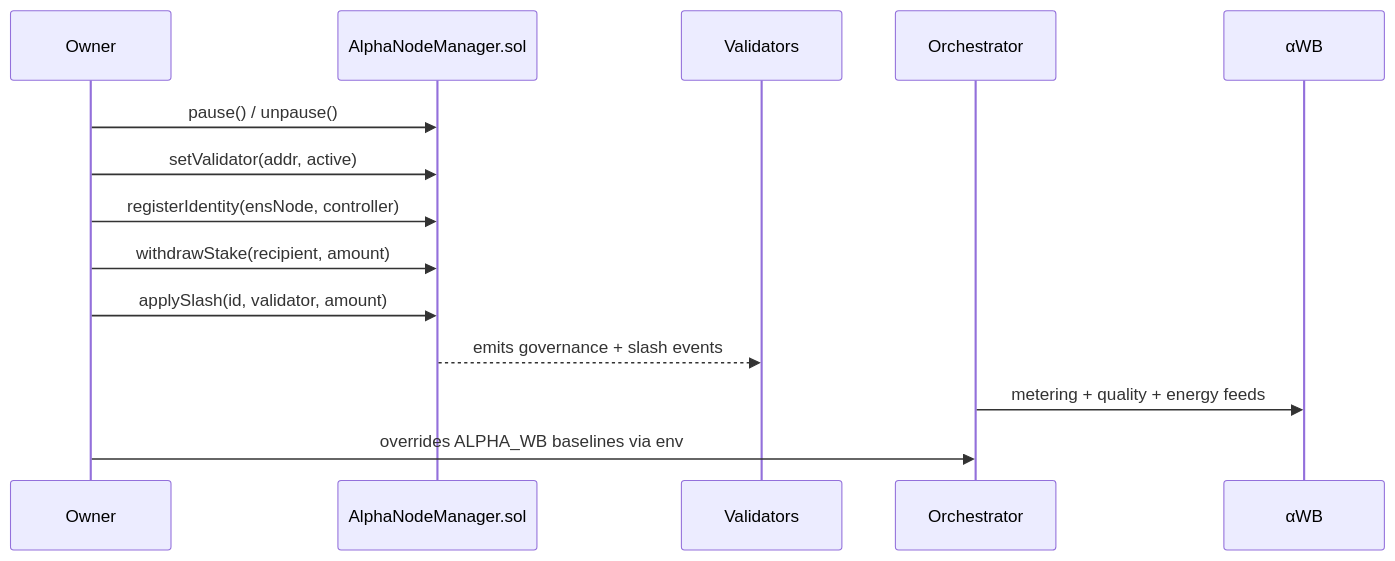
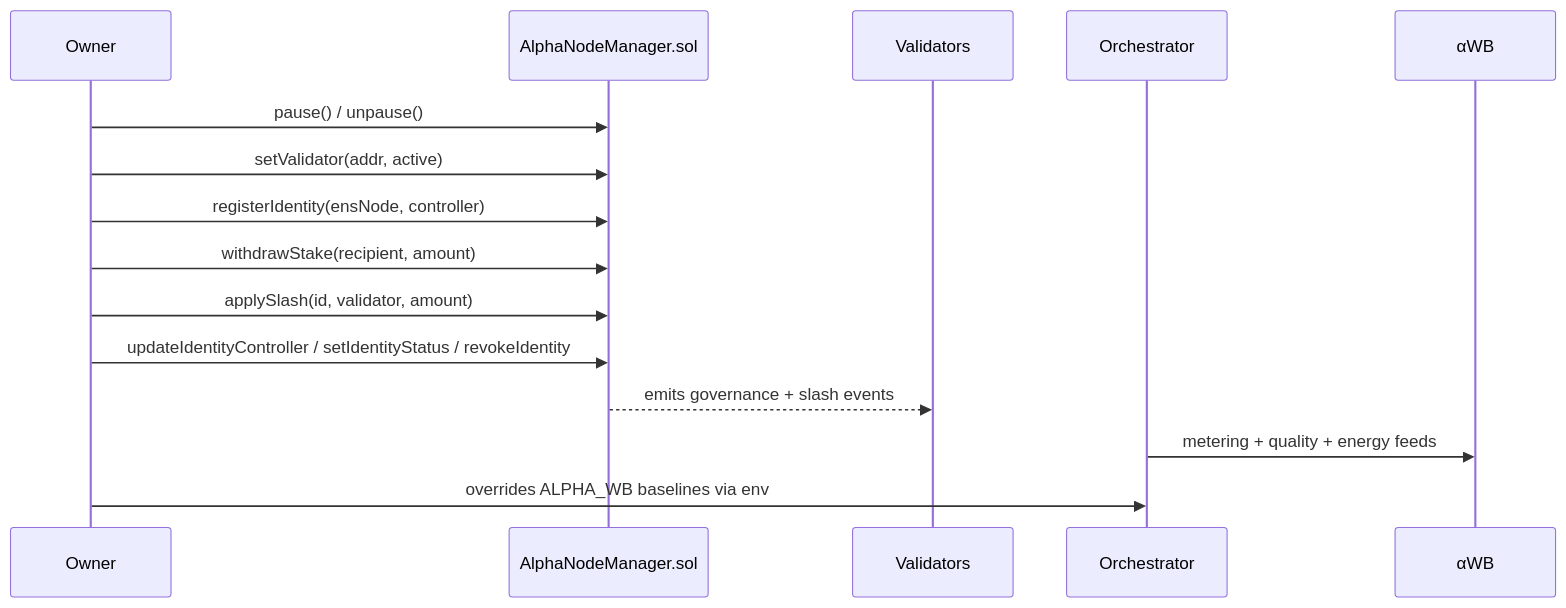
The fourth of 5 diagrams in README.md (MontrealAI/AGI-Alpha-Node-v0), drawn with Mermaid before and after one commit. The commit also changed other lines of this file, not shown here.

Commit message:
Refresh README for alpha benchmark and CI

````diff
--- a/README.md
+++ b/README.md
@@ -146,16 +141,17 @@
 ```mermaid
 sequenceDiagram
   participant Owner
   participant AlphaNodeManager.sol
   participant Validators
   participant Orchestrator
   participant αWB
   Owner->>AlphaNodeManager.sol: pause() / unpause()
   Owner->>AlphaNodeManager.sol: setValidator(addr, active)
   Owner->>AlphaNodeManager.sol: registerIdentity(ensNode, controller)
   Owner->>AlphaNodeManager.sol: withdrawStake(recipient, amount)
   Owner->>AlphaNodeManager.sol: applySlash(id, validator, amount)
+  Owner->>AlphaNodeManager.sol: updateIdentityController / setIdentityStatus / revokeIdentity
   AlphaNodeManager.sol-->>Validators: emits governance + slash events
   Orchestrator->>αWB: metering + quality + energy feeds
   Owner->>Orchestrator: overrides ALPHA_WB baselines via env
 ```
````
